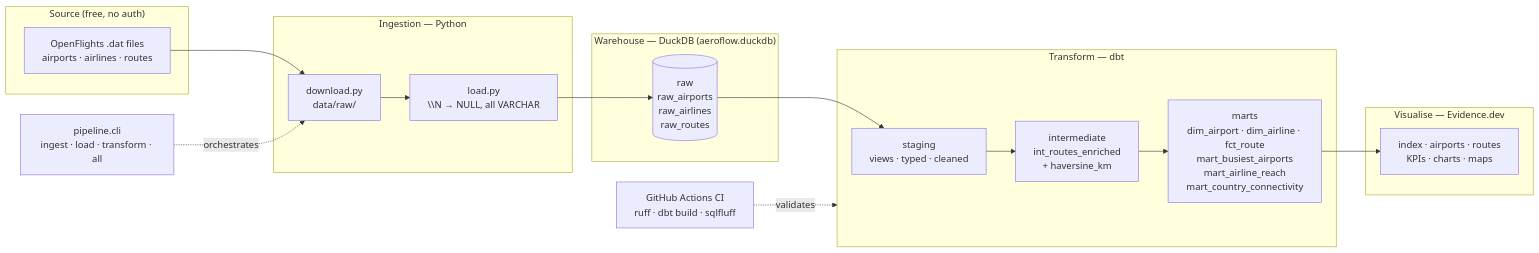
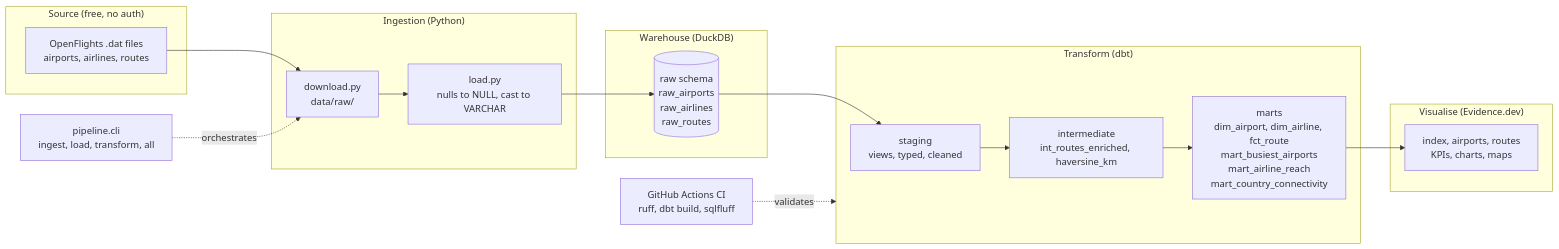
The diagram in README.md (omarrifaie/AeroFlow), drawn with Mermaid before and after one commit. The commit also changed other lines of this file, not shown here.

Commit message:
docs: fix mermaid architecture diagram

````diff
--- a/README.md
+++ b/README.md
@@ -34,30 +34,30 @@
 ```mermaid
 flowchart LR
     subgraph src["Source (free, no auth)"]
-        OF["OpenFlights .dat files<br/>airports · airlines · routes"]
+        OF["OpenFlights .dat files<br/>airports, airlines, routes"]
     end
 
-    subgraph py["Ingestion — Python"]
+    subgraph py["Ingestion (Python)"]
         DL["download.py<br/>data/raw/"]
-        LD["load.py<br/>\\N → NULL, all VARCHAR"]
+        LD["load.py<br/>nulls to NULL, cast to VARCHAR"]
     end
 
-    subgraph wh["Warehouse — DuckDB (aeroflow.duckdb)"]
-        RAW[("raw<br/>raw_airports<br/>raw_airlines<br/>raw_routes")]
+    subgraph wh["Warehouse (DuckDB)"]
+        RAW[("raw schema<br/>raw_airports<br/>raw_airlines<br/>raw_routes")]
     end
 
-    subgraph dbt["Transform — dbt"]
-        STG["staging<br/>views · typed · cleaned"]
-        INT["intermediate<br/>int_routes_enriched<br/>+ haversine_km"]
-        MRT["marts<br/>dim_airport · dim_airline · fct_route<br/>mart_busiest_airports<br/>mart_airline_reach<br/>mart_country_connectivity"]
+    subgraph dbtproj["Transform (dbt)"]
+        STG["staging<br/>views, typed, cleaned"]
+        INT["intermediate<br/>int_routes_enriched, haversine_km"]
+        MRT["marts<br/>dim_airport, dim_airline, fct_route<br/>mart_busiest_airports<br/>mart_airline_reach<br/>mart_country_connectivity"]
     end
 
-    subgraph bi["Visualise — Evidence.dev"]
-        DASH["index · airports · routes<br/>KPIs · charts · maps"]
+    subgraph bi["Visualise (Evidence.dev)"]
+        DASH["index, airports, routes<br/>KPIs, charts, maps"]
     end
 
     OF --> DL --> LD --> RAW --> STG --> INT --> MRT --> DASH
 
-    CLI["pipeline.cli<br/>ingest · load · transform · all"] -.orchestrates.-> DL
-    CI["GitHub Actions CI<br/>ruff · dbt build · sqlfluff"] -.validates.-> dbt
+    CLI["pipeline.cli<br/>ingest, load, transform, all"] -. orchestrates .-> DL
+    CI["GitHub Actions CI<br/>ruff, dbt build, sqlfluff"] -. validates .-> dbtproj
 ```
````
